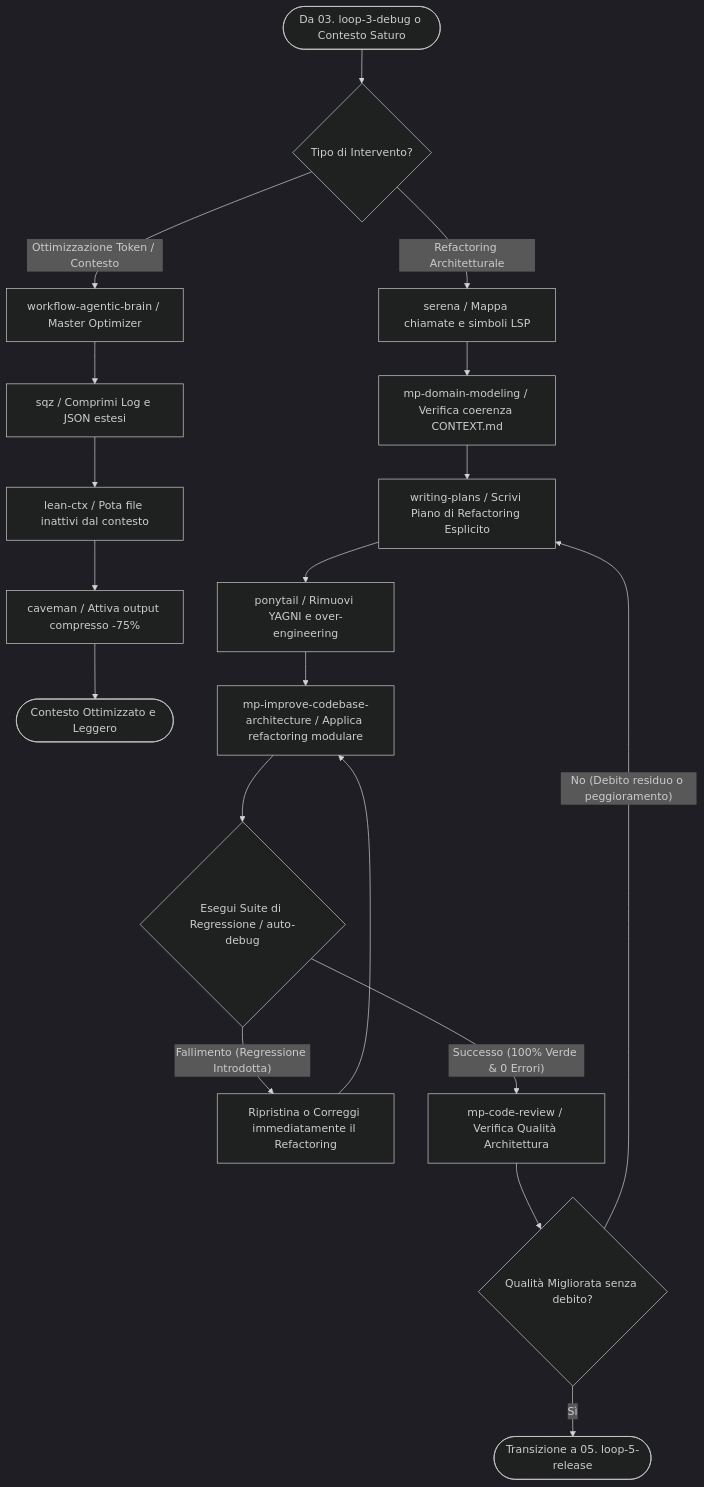
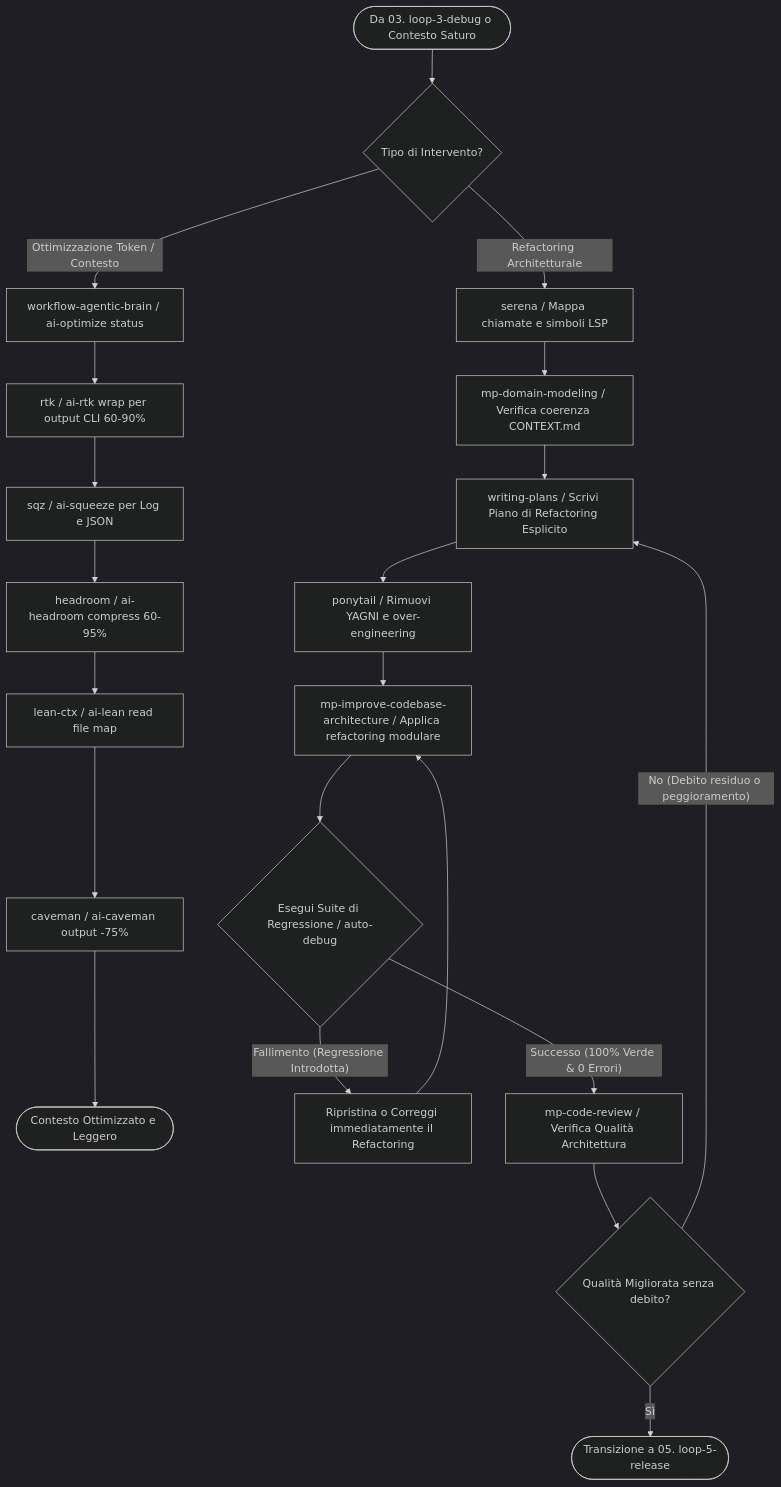
The diagram in skills/engine-loops/loop-4-refactor/SKILL.md (darkrei08/Wizard-AI), drawn with Mermaid (dark theme) before and after one commit. The commit also changed other lines of this file and 12 other files, not shown here.

````diff
--- a/skills/engine-loops/loop-4-refactor/SKILL.md
+++ b/skills/engine-loops/loop-4-refactor/SKILL.md
@@ -58,27 +59,29 @@
 ```mermaid
 graph TD
     Start([Da 03. loop-3-debug o Contesto Saturo]) --> CheckType{Tipo di Intervento?}
     
-    CheckType -- Ottimizzazione Token / Contesto --> Brain[workflow-agentic-brain / Master Optimizer]
-    Brain --> Squeeze[sqz / Comprimi Log e JSON estesi]
-    Squeeze --> Lean[lean-ctx / Pota file inattivi dal contesto]
-    Lean --> Caveman[caveman / Attiva output compresso -75%]
+    CheckType -- Ottimizzazione Token / Contesto --> Brain[workflow-agentic-brain / ai-optimize status]
+    Brain --> RTK[rtk / ai-rtk wrap per output CLI 60-90%]
+    RTK --> Squeeze[sqz / ai-squeeze per Log e JSON]
+    Squeeze --> Headroom[headroom / ai-headroom compress 60-95%]
+    Headroom --> Lean[lean-ctx / ai-lean read file map]
+    Lean --> Caveman[caveman / ai-caveman output -75%]
     Caveman --> OptDone([Contesto Ottimizzato e Leggero])
     
     CheckType -- Refactoring Architetturale --> Serena[serena / Mappa chiamate e simboli LSP]
     Serena --> DomainMod[mp-domain-modeling / Verifica coerenza CONTEXT.md]
     DomainMod --> PlanRef[writing-plans / Scrivi Piano di Refactoring Esplicito]
     
     PlanRef --> Ponytail[ponytail / Rimuovi YAGNI e over-engineering]
     Ponytail --> Arch[mp-improve-codebase-architecture / Applica refactoring modulare]
     
     Arch --> RunRegTest{Esegui Suite di Regressione / auto-debug}
     RunRegTest -- Fallimento (Regressione Introdotta) --> RevertOrFix[Ripristina o Correggi immediatamente il Refactoring]
     RevertOrFix --> Arch
     
     RunRegTest -- Successo (100% Verde & 0 Errori) --> FinalRev[mp-code-review / Verifica Qualità Architettura]
     
     FinalRev --> RevCheck{Qualità Migliorata senza debito?}
     RevCheck -- No (Debito residuo o peggioramento) --> PlanRef
     RevCheck -- Sì --> Handoff([Transizione a 05. loop-5-release])
 ```
````
